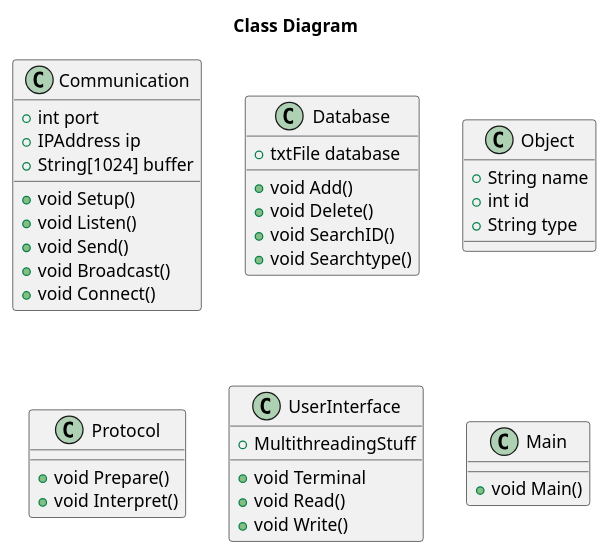
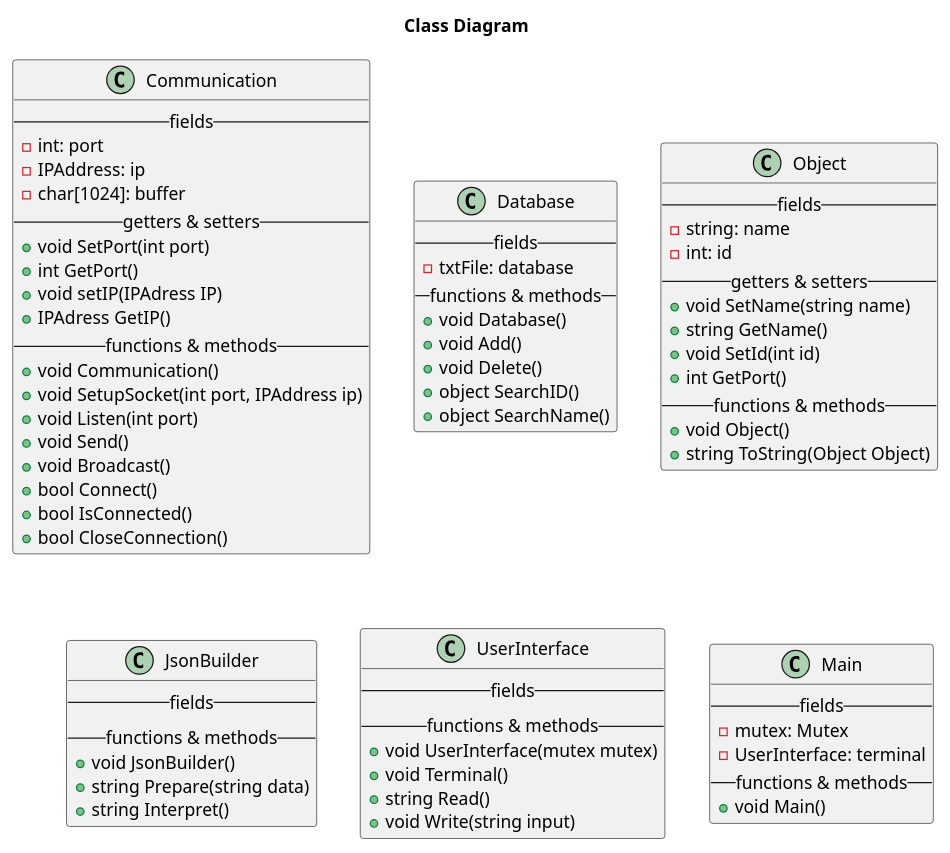
The diagram in Designs/Server Design/Design.wsd (T3-FindIt/FindIt), drawn with PlantUML before and after one commit.

Commit message:
updated design
toegevoegd:
- return types
- constructors
- to string function
- getter & setters
verwijderd:
- global variables
- object type

```diff
--- a/Designs/Server Design/Design.wsd
+++ b/Designs/Server Design/Design.wsd
@@ -1,77 +1,112 @@
 @startuml ClassDiagram
 Title Class Diagram
 
 ' websocket code in github
 Class Communication
 {
-    {field} + int port
-    {field} +  IPAddress ip
-    {field} +  String[1024] buffer
-    {method} + void Setup()
-    {method} + void Listen()
+    -- fields --
+    {field} - int: port
+    {field} - IPAddress: ip
+    {field} - char[1024]: buffer
+    -- getters & setters --
+    {method} + void SetPort(int port)
+    {method} + int GetPort()
+    {method} + void setIP(IPAdress IP)
+    {method} + IPAdress GetIP()
+    -- functions & methods --
+    {method} + void Communication()
+    {method} + void SetupSocket(int port, IPAddress ip)
+    {method} + void Listen(int port)
     {method} + void Send()
     {method} + void Broadcast()
-    {method} + void Connect()
+    {method} + bool Connect()
+    {method} + bool IsConnected()
+    {method} + bool CloseConnection()
 }
 
 Class Database
 {
-    {field} + txtFile database
+    -- fields --
+    ' change txtFile
+    {field} - txtFile: database
+    -- functions & methods --
+    {method} + void Database()
     {method} + void Add()
     {method} + void Delete()
-    {method} + void SearchID()
-    {method} + void Searchtype()
+    {method} + object SearchID()
+    {method} + object SearchName()
+    ' {method} + void Searchtype()
 }
 
 ' enum with types, or a simple string?
 ' struct instead of class?
 Class Object
 {
-    {field} + String name
-    {field} + int id
-    {field} + String type
+    -- fields --
+    {field} - string: name
+    {field} - int: id
+    ' {field} - string type
+    -- getters & setters --
+    {method} + void SetName(string name)
+    {method} + string GetName()
+    {method} + void SetId(int id)
+    {method} + int GetPort()
+    ' {method} + void SetType(string type)
+    ' {method} + string GetType()
+    -- functions & methods --
+    {method} + void Object()
+    {method} + string ToString(Object Object)
 }
 
-Class Protocol
+Class JsonBuilder
 {
-    {method} + void Prepare()
-    {method} + void Interpret()
+    -- fields --
+    -- functions & methods --
+    {method} + void JsonBuilder()
+    {method} + string Prepare(string data)
+    {method} + string Interpret()
 }
 
 ' simple terminal UI
 Class UserInterface
 {
-    {field} + MultithreadingStuff
-    {method} + void Terminal
-    {method} + void Read()
-    {method} + void Write()
+    -- fields --
+    -- functions & methods --
+    {method} + void UserInterface(mutex mutex)
+    {method} + void Terminal()
+    {method} + string Read()
+    {method} + void Write(string input)
 }
 
 Class Main
 {
+    -- fields --
+    {field} - mutex: Mutex
+    {field} - UserInterface: terminal
+    -- functions & methods --
     {method} + void Main()
 }
 
 ' note left of JsonBuilder : Implementatie wordt geleverd door de\nArduinoJson Library
 ' note top of JsonBuilder : Kijk naar gebruik van pointers
 
 ' EMPTY CLASSES
 ' Class CANBus
-' END OF EMPYY CLASSES 
+' END OF EMPYY CLASSES
 
 ' IMasterSlave <|.. I2C
 ' IMasterSlave <|.. CANBus
 ' IDipSwitch <|.. DipSwitch
 
 ' Controller "1" o-- "1" WiFiHandler
 ' Controller "1" o-- "1" IMasterSlave
 ' Controller "1" o-- "1" JsonBuilder
 ' Controller "1" o-down- "1" IDipSwitch
 ' Controller "1" o-- "1" WebSocketHandler
 
 ' WiFiHandler "1" o-- "1" WiFiData
 ' WebSocketHandler "1" o-- "1" WebsocketData
 
 ' See if we should separate WebSocket & WiFi
 
 @enduml
```
